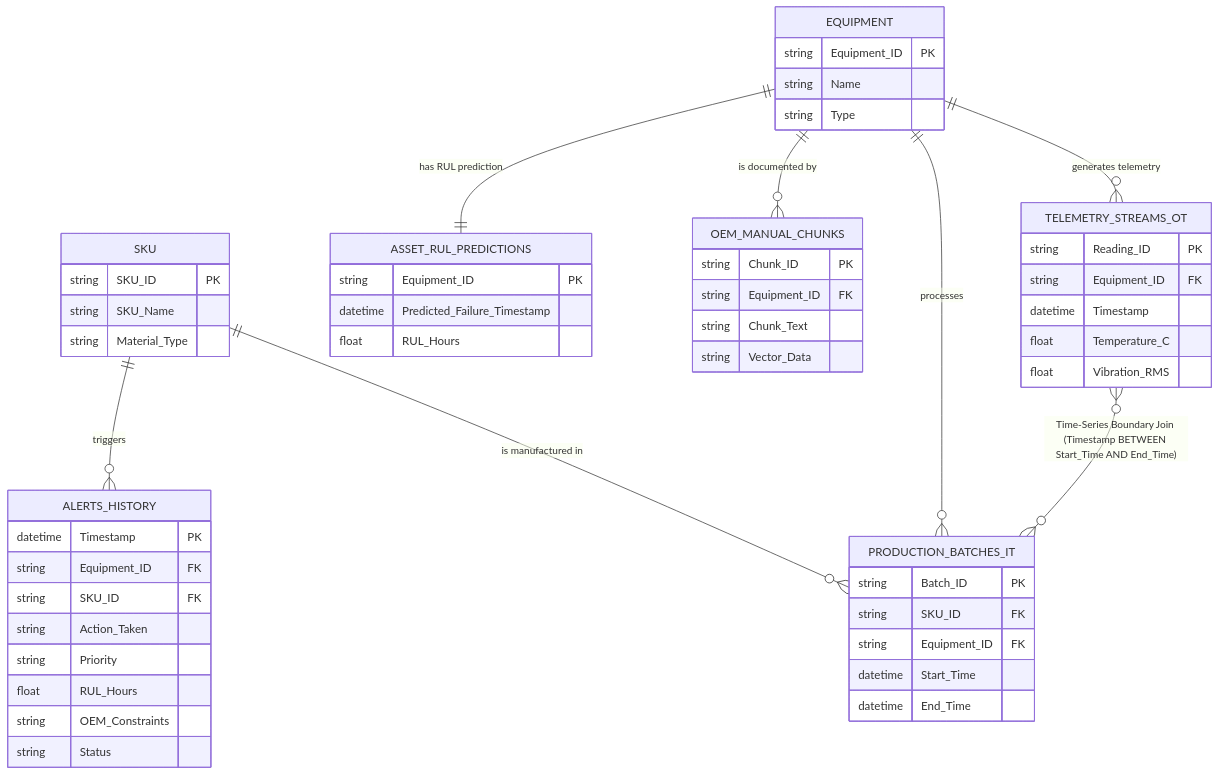
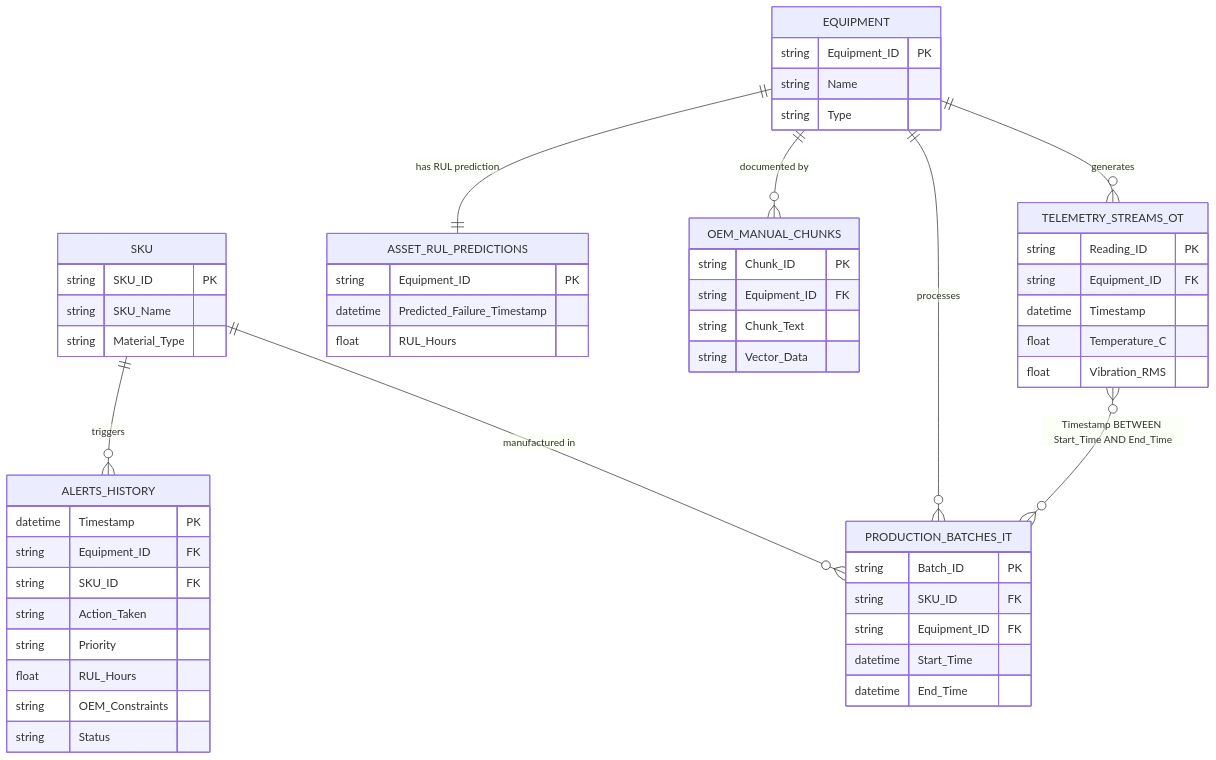
Before and after one commit to nikhilpy/SKU-Specific-OEE-Degradation-Tracker: the third of 3 diagrams in README.md, drawn with Mermaid. The commit also changed other lines of this file and 31 other files, not shown here.

````diff
--- a/README.md
+++ b/README.md
@@ -155,64 +138,56 @@
 ```mermaid
 erDiagram
     EQUIPMENT {
         string Equipment_ID PK
         string Name
         string Type
     }
-
     SKU {
         string SKU_ID PK
         string SKU_Name
         string Material_Type
     }
-
     TELEMETRY_STREAMS_OT {
         string Reading_ID PK
         string Equipment_ID FK
         datetime Timestamp
         float Temperature_C
         float Vibration_RMS
     }
-
     PRODUCTION_BATCHES_IT {
         string Batch_ID PK
         string SKU_ID FK
         string Equipment_ID FK
         datetime Start_Time
         datetime End_Time
     }
-
     OEM_MANUAL_CHUNKS {
         string Chunk_ID PK
         string Equipment_ID FK
         string Chunk_Text
         string Vector_Data
     }
-
     ASSET_RUL_PREDICTIONS {
         string Equipment_ID PK
         datetime Predicted_Failure_Timestamp
         float RUL_Hours
     }
-
     ALERTS_HISTORY {
         datetime Timestamp PK
         string Equipment_ID FK
         string SKU_ID FK
         string Action_Taken
         string Priority
         float RUL_Hours
         string OEM_Constraints
         string Status
     }
 
-    EQUIPMENT ||--o{ TELEMETRY_STREAMS_OT : "generates telemetry"
+    EQUIPMENT ||--o{ TELEMETRY_STREAMS_OT : "generates"
     EQUIPMENT ||--o{ PRODUCTION_BATCHES_IT : "processes"
-    EQUIPMENT ||--o{ OEM_MANUAL_CHUNKS : "is documented by"
+    EQUIPMENT ||--o{ OEM_MANUAL_CHUNKS : "documented by"
     EQUIPMENT ||--|| ASSET_RUL_PREDICTIONS : "has RUL prediction"
-    SKU ||--o{ PRODUCTION_BATCHES_IT : "is manufactured in"
+    SKU ||--o{ PRODUCTION_BATCHES_IT : "manufactured in"
     SKU ||--o{ ALERTS_HISTORY : "triggers"
-
-    %% IT/OT Convergence Logical Join (Snowflake Dynamic Tables)
-    TELEMETRY_STREAMS_OT }o--o{ PRODUCTION_BATCHES_IT : "Time-Series Boundary Join (Timestamp BETWEEN Start_Time AND End_Time)"
+    TELEMETRY_STREAMS_OT }o--o{ PRODUCTION_BATCHES_IT : "Timestamp BETWEEN Start_Time AND End_Time"
 ```
````
